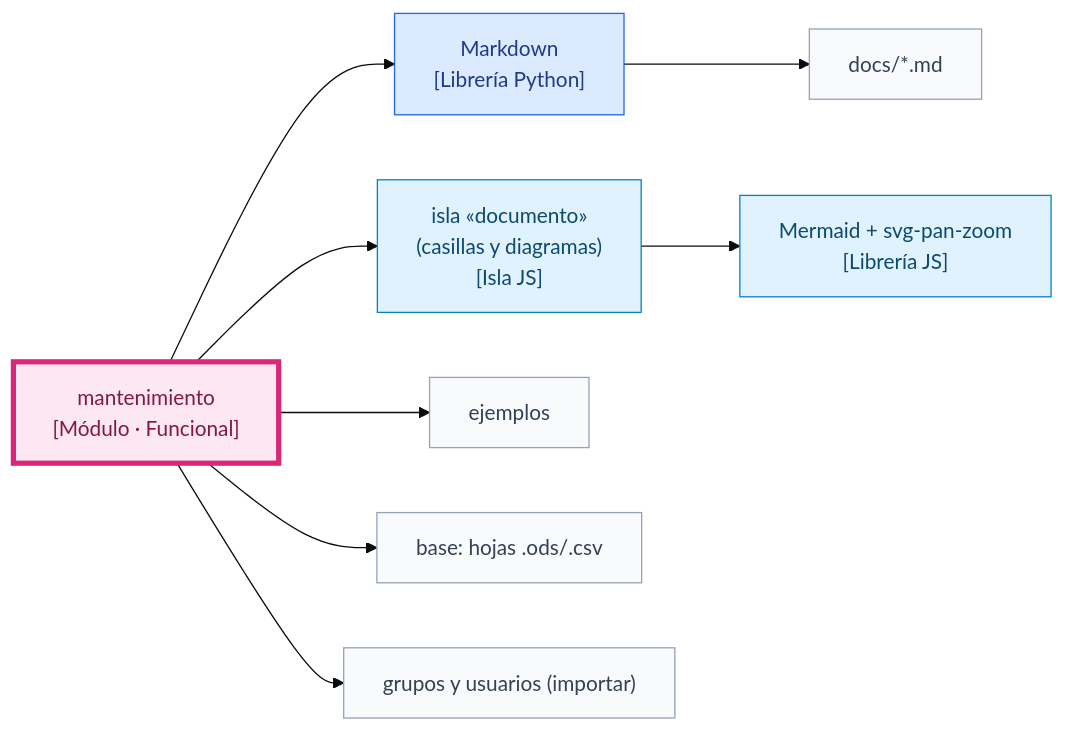
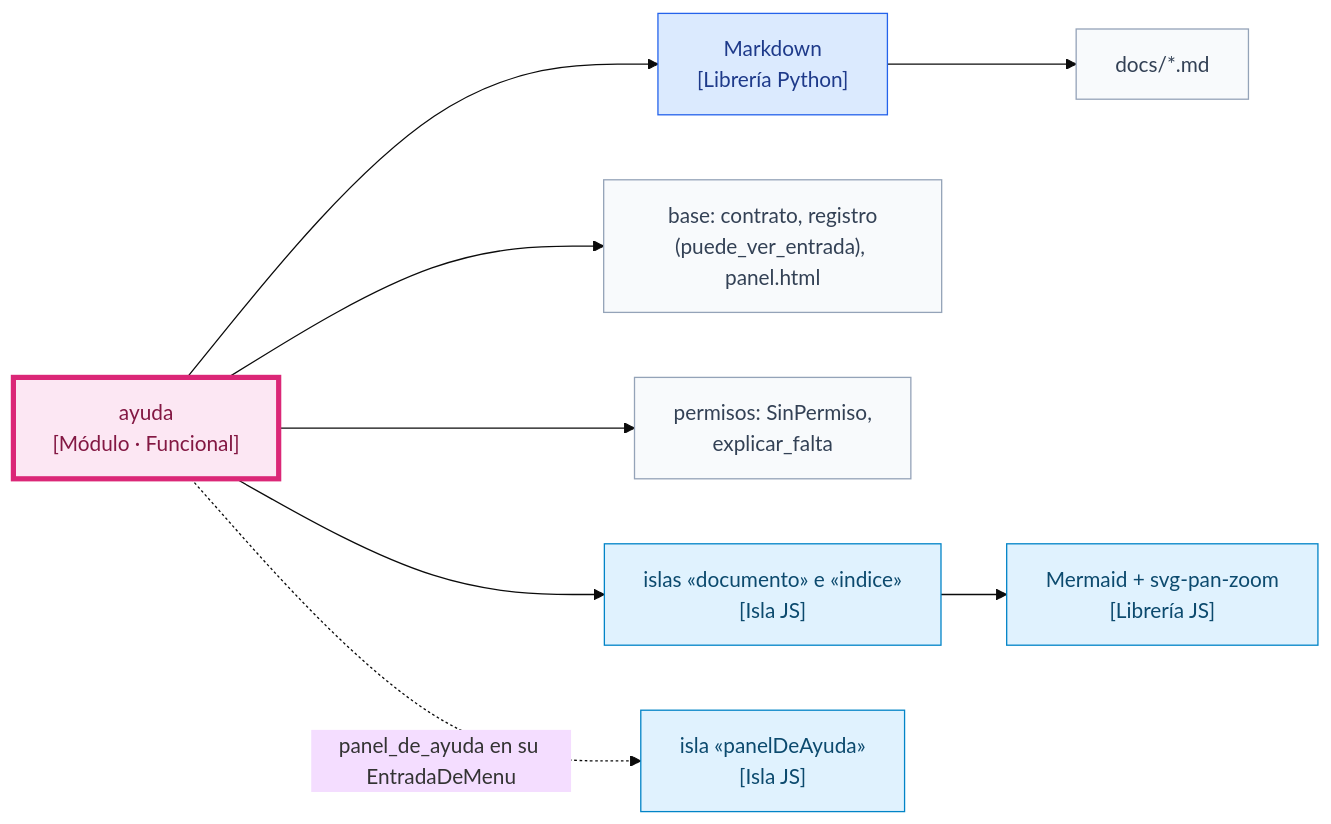
Before and after one commit to chemabc/groupy: diagram 26 of 33 in docs/arquitectura.md, drawn with Mermaid (base theme). The commit also changed other lines of this file and 54 other files, not shown here.

First line of the commit message:
Ayuda: menú en un solo fichero, sección «Ayuda» y panel de ayuda

````diff
--- a/docs/arquitectura.md
+++ b/docs/arquitectura.md
@@ -682,20 +713,20 @@
 ```mermaid
 flowchart LR
   classDef yo fill:#fce7f3,stroke:#db2777,stroke-width:4px,color:#831843
   classDef otro fill:#f8fafc,stroke:#94a3b8,color:#334155
   classDef libpy fill:#dbeafe,stroke:#2563eb,color:#1e3a8a
   classDef libjs fill:#e0f2fe,stroke:#0284c7,color:#0c4a6e
-  man["mantenimiento<br/>[Módulo · Funcional]"]:::yo
+  ayu["ayuda<br/>[Módulo · Funcional]"]:::yo
   md["Markdown<br/>[Librería Python]"]:::libpy
   docs["docs/*.md"]:::otro
-  isla["isla «documento»<br/>(casillas y diagramas)<br/>[Isla JS]"]:::libjs
+  base["base: contrato, registro<br/>(puede_ver_entrada), panel.html"]:::otro
+  perm["permisos: SinPermiso,<br/>explicar_falta"]:::otro
+  isla["islas «documento» e «indice»<br/>[Isla JS]"]:::libjs
+  panel["isla «panelDeAyuda»<br/>[Isla JS]"]:::libjs
   mer["Mermaid + svg-pan-zoom<br/>[Librería JS]"]:::libjs
-  ej["ejemplos"]:::otro
-  hojas["base: hojas .ods/.csv"]:::otro
-  gru["grupos y usuarios (importar)"]:::otro
-  man --> md --> docs
-  man --> isla --> mer
-  man --> ej
-  man --> hojas
-  man --> gru
+  ayu --> md --> docs
+  ayu --> base
+  ayu --> perm
+  ayu --> isla --> mer
+  ayu -. "panel_de_ayuda en su EntradaDeMenu" .-> panel
 ```
````
